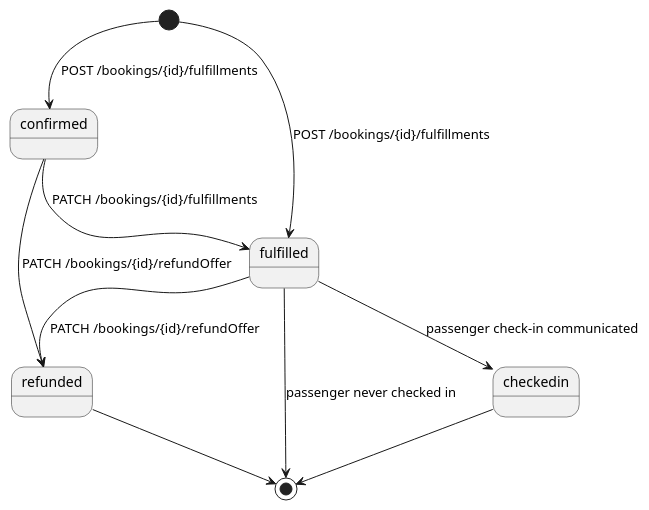
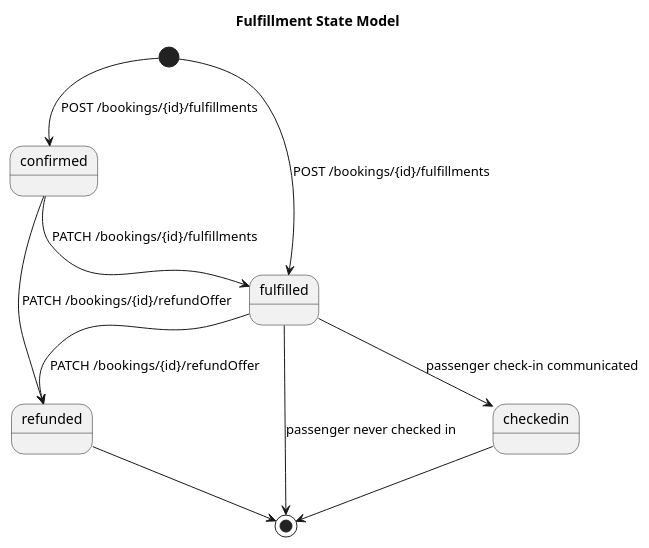
Before and after one commit to UnionInternationalCheminsdeFer/OSDM: the diagram in images/models/fulfillment-state-model.puml, drawn with PlantUML. The commit also changed 20 other files, not shown here.

```diff
--- a/images/models/fulfillment-state-model.puml
+++ b/images/models/fulfillment-state-model.puml
@@ -1,11 +1,12 @@
 @startuml
+title "Fulfillment State Model"
 [*] --> confirmed: POST /bookings/{id}/fulfillments
 [*] --> fulfilled: POST /bookings/{id}/fulfillments
 confirmed --> fulfilled: PATCH /bookings/{id}/fulfillments 
 fulfilled --> checkedin: passenger check-in communicated 
 confirmed --> refunded: PATCH /bookings/{id}/refundOffer
 fulfilled --> refunded: PATCH /bookings/{id}/refundOffer
 checkedin --> [*]
 fulfilled --> [*]: passenger never checked in
 refunded --> [*] 
 @enduml
```
